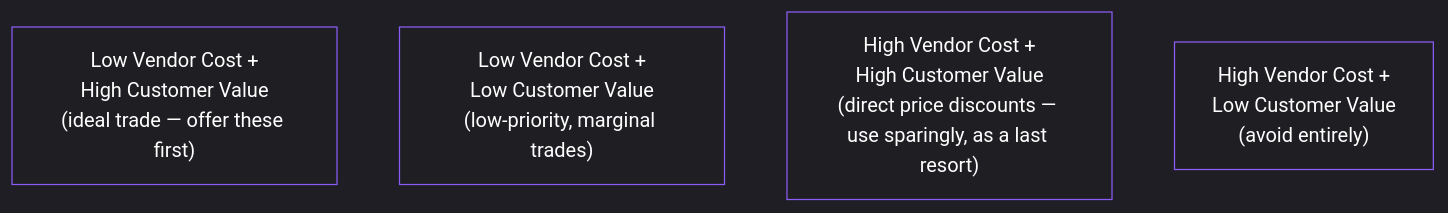
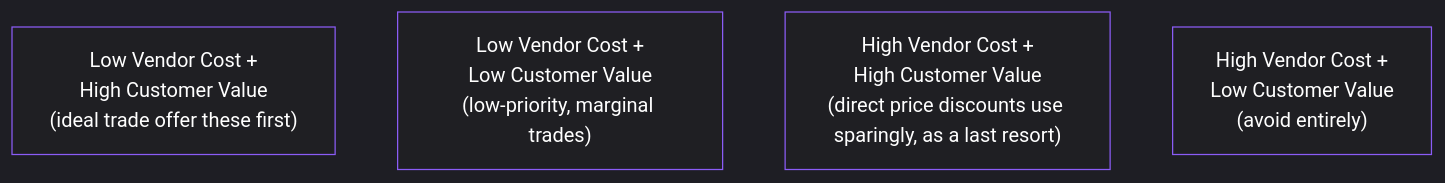
The diagram in content/lessons/lesson-079.md (pmacademy-app/web), drawn with Mermaid before and after one commit. The commit also changed other lines of this file and 90 other files, not shown here.

````diff
--- a/content/lessons/lesson-079.md
+++ b/content/lessons/lesson-079.md
@@ -55,37 +55,37 @@
 ```mermaid
 %%{init: {
   "theme": "dark",
   "themeVariables": {
     "background": "#0b0b0c",
     "primaryColor": "#1f1f23",
     "primaryTextColor": "#ffffff",
     "primaryBorderColor": "#8b5cf6",
     "lineColor": "#d1d5db",
     "secondaryColor": "#18181b",
     "tertiaryColor": "#111111",
     "mainBkg": "#1f1f23",
     "nodeBorder": "#8b5cf6",
     "clusterBkg": "#000000",
     "clusterBorder": "#27272a",
     "titleColor": "#ffffff",
     "edgeLabelBackground": "#0b0b0c",
     "nodeTextColor": "#ffffff",
     "edgeLabelColor": "#ffffff",
     "actorBorder": "#8b5cf6",
     "actorBkg": "#1f1f23",
     "actorTextColor": "#ffffff",
     "sequenceNumberColor": "#ffffff",
     "signalColor": "#8b5cf6",
     "signalTextColor": "#ffffff",
     "textColor": "#ffffff",
     "classText": "#ffffff",
     "classBorder": "#8b5cf6",
     "classBkg": "#1f1f23"
   }
 }}%%
 graph TD
-    A["Low Vendor Cost +<br/>High Customer Value<br/>(ideal trade — offer these first)"]
+    A["Low Vendor Cost +<br/>High Customer Value<br/>(ideal trade offer these first)"]
     B["Low Vendor Cost +<br/>Low Customer Value<br/>(low-priority, marginal trades)"]
-    C["High Vendor Cost +<br/>High Customer Value<br/>(direct price discounts — use sparingly, as a last resort)"]
+    C["High Vendor Cost +<br/>High Customer Value<br/>(direct price discounts use sparingly, as a last resort)"]
     D["High Vendor Cost +<br/>Low Customer Value<br/>(avoid entirely)"]
 ```
````
